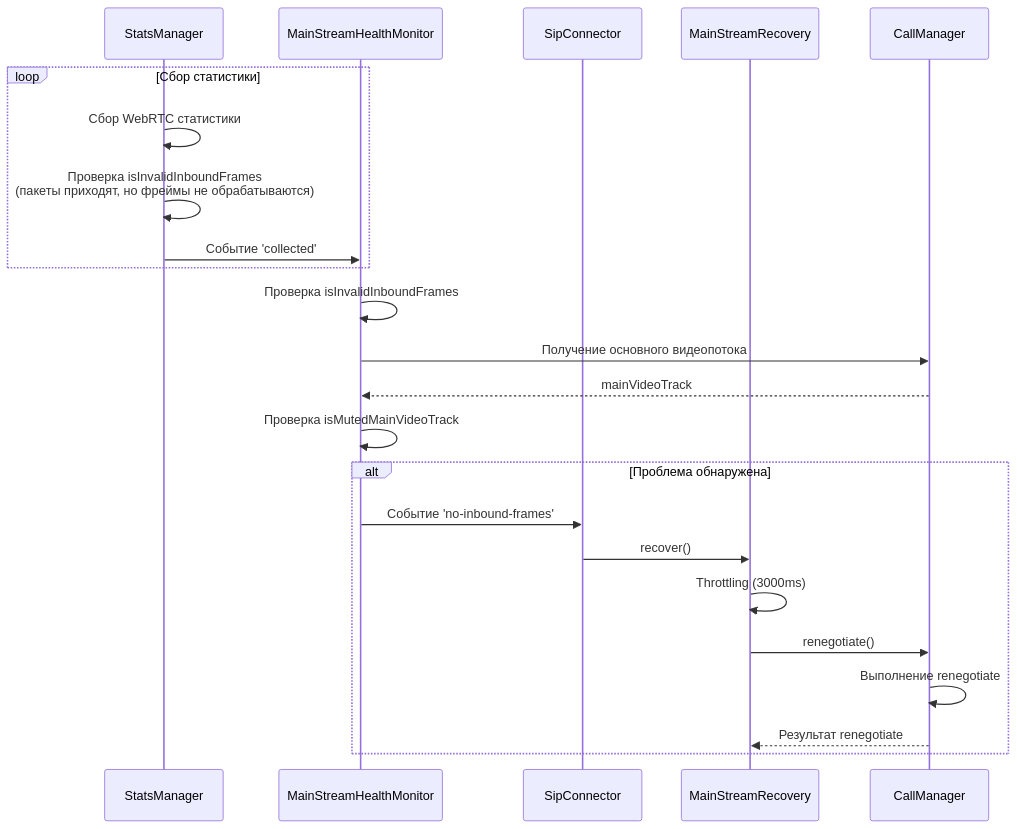
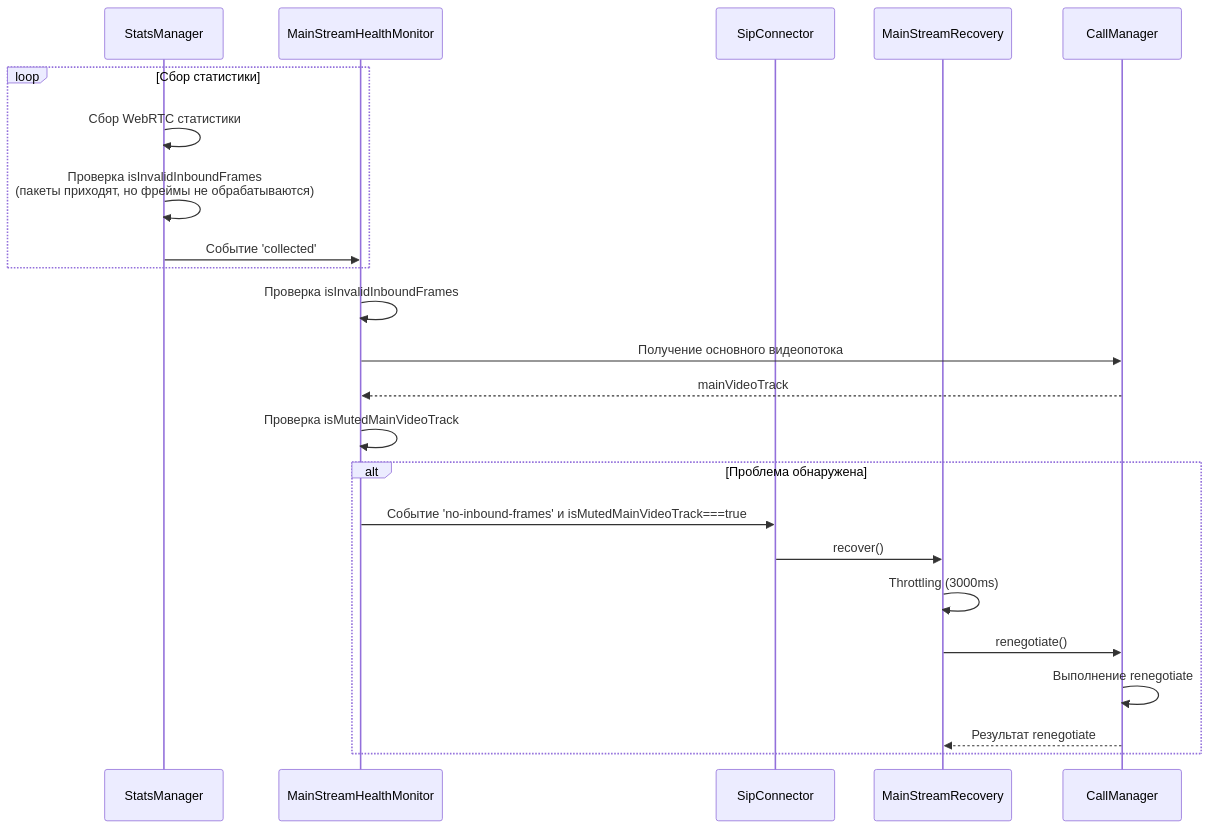
The diagram in docs/main-stream-monitoring-and-recovery-diagram.md (Krivega/sip-connector), drawn with Mermaid before and after one commit. The commit also changed 6 other files, not shown here.

````diff
--- a/docs/main-stream-monitoring-and-recovery-diagram.md
+++ b/docs/main-stream-monitoring-and-recovery-diagram.md
@@ -5,28 +5,28 @@
 ```mermaid
 sequenceDiagram
     participant StatsManager
     participant MainStreamHealthMonitor
     participant SipConnector
     participant MainStreamRecovery
     participant CallManager
 
     loop Сбор статистики
         StatsManager->>StatsManager: Сбор WebRTC статистики
         StatsManager->>StatsManager: Проверка isInvalidInboundFrames<br/>(пакеты приходят, но фреймы не обрабатываются)
         StatsManager->>MainStreamHealthMonitor: Событие 'collected'
     end
 
     MainStreamHealthMonitor->>MainStreamHealthMonitor: Проверка isInvalidInboundFrames
     MainStreamHealthMonitor->>CallManager: Получение основного видеопотока
     CallManager-->>MainStreamHealthMonitor: mainVideoTrack
     MainStreamHealthMonitor->>MainStreamHealthMonitor: Проверка isMutedMainVideoTrack
 
     alt Проблема обнаружена
-        MainStreamHealthMonitor->>SipConnector: Событие 'no-inbound-frames'
+        MainStreamHealthMonitor->>SipConnector: Событие 'no-inbound-frames' и isMutedMainVideoTrack===true
         SipConnector->>MainStreamRecovery: recover()
         MainStreamRecovery->>MainStreamRecovery: Throttling (3000ms)
         MainStreamRecovery->>CallManager: renegotiate()
         CallManager->>CallManager: Выполнение renegotiate
         CallManager-->>MainStreamRecovery: Результат renegotiate
     end
 ```
````
